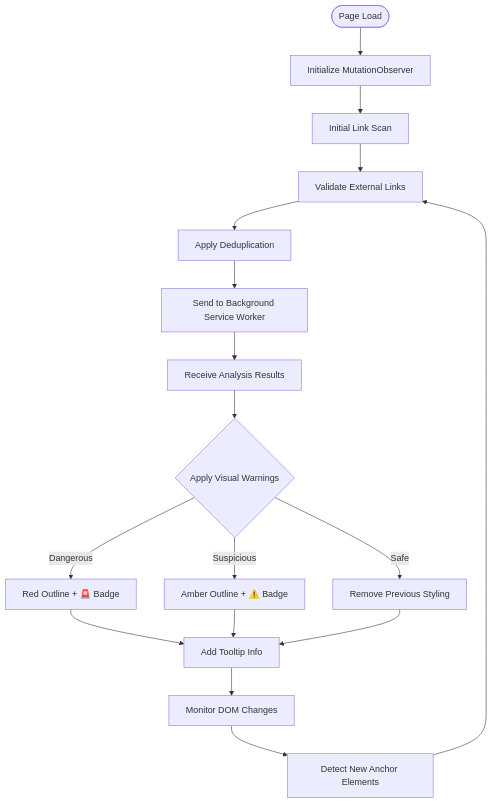
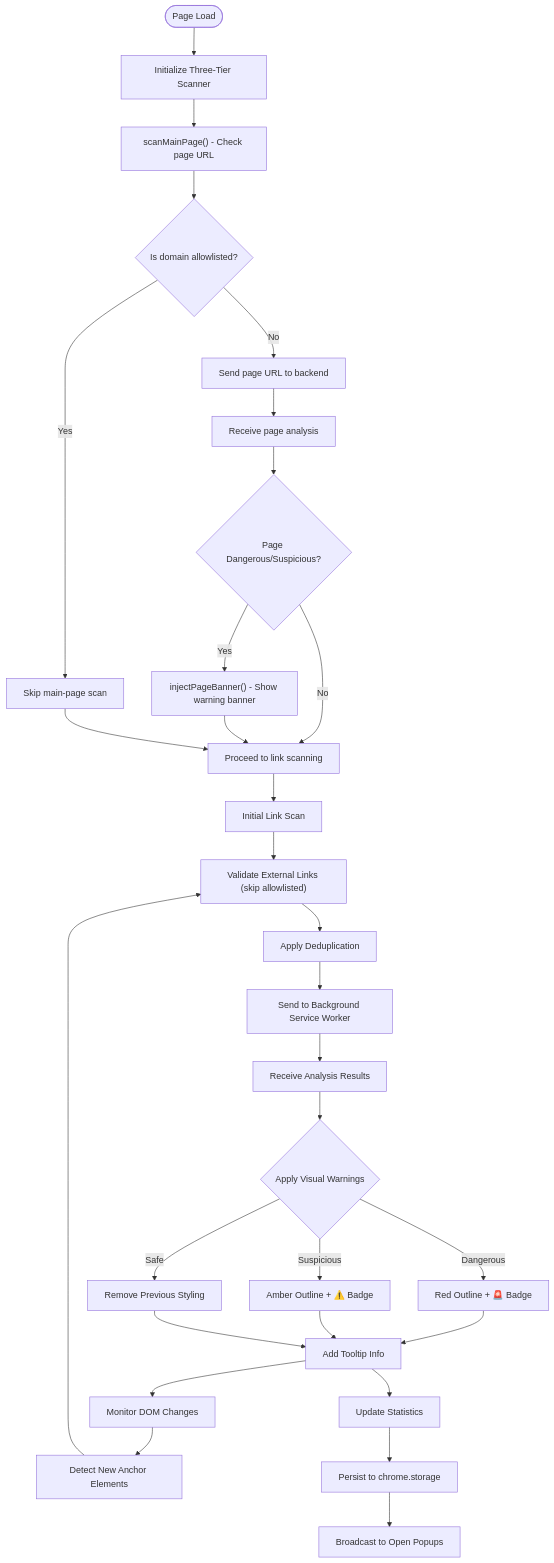
One commit to Aymanaahh/scrollguard-ai changed the fourth of 7 diagrams in .qoder/repowiki/en/content/Chrome Extension Development.md. Above: the diagram before and after it, drawn with Mermaid. The commit also changed other lines of this file and 34 other files, not shown here.

````diff
--- a/.qoder/repowiki/en/content/Chrome Extension Development.md
+++ b/.qoder/repowiki/en/content/Chrome Extension Development.md
@@ -242,19 +295,32 @@
 ```mermaid
 flowchart TD
-Start(["Page Load"]) --> Init["Initialize MutationObserver"]
-Init --> InitialScan["Initial Link Scan"]
-InitialScan --> Validate["Validate External Links"]
+Start(["Page Load"]) --> Init["Initialize Three-Tier Scanner"]
+Init --> MainScan["scanMainPage() - Check page URL"]
+MainScan --> Allowlist{"Is domain allowlisted?"}
+Allowlist --> |Yes| SkipMain["Skip main-page scan"]
+Allowlist --> |No| SendMain["Send page URL to backend"]
+SendMain --> ReceiveMain["Receive page analysis"]
+ReceiveMain --> Danger{"Page Dangerous/Suspicious?"}
+Danger --> |Yes| InjectBanner["injectPageBanner() - Show warning banner"]
+Danger --> |No| Proceed["Proceed to link scanning"]
+InjectBanner --> Proceed
+SkipMain --> Proceed
+Proceed --> InitialScan["Initial Link Scan"]
+InitialScan --> Validate["Validate External Links (skip allowlisted)"]
 Validate --> Deduplicate["Apply Deduplication"]
 Deduplicate --> Send["Send to Background Service Worker"]
 Send --> Receive["Receive Analysis Results"]
 Receive --> Apply{"Apply Visual Warnings"}
 Apply --> |Dangerous| RedOutline["Red Outline + 🚨 Badge"]
 Apply --> |Suspicious| AmberOutline["Amber Outline + ⚠️ Badge"]
 Apply --> |Safe| RemoveStyling["Remove Previous Styling"]
 RedOutline --> Tooltip["Add Tooltip Info"]
 AmberOutline --> Tooltip
 RemoveStyling --> Tooltip
 Tooltip --> MonitorDOM["Monitor DOM Changes"]
 MonitorDOM --> NewNodes["Detect New Anchor Elements"]
 NewNodes --> Validate
+Tooltip --> StatsUpdate["Update Statistics"]
+StatsUpdate --> Persist["Persist to chrome.storage"]
+Persist --> Broadcast["Broadcast to Open Popups"]
 ```
````
